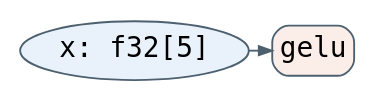
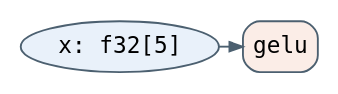
One commit to lancerstadium/joggle changed the diagram in paper/figures/a5-gelu-input.dot. Above: the diagram before and after it, drawn with Graphviz. The commit also changed 52 other files, not shown here.

```diff
--- a/paper/figures/a5-gelu-input.dot
+++ b/paper/figures/a5-gelu-input.dot
@@ -1,10 +1,10 @@
 digraph G {
   graph [bgcolor="transparent", margin=0, pad=0.025, rankdir=LR,
          nodesep=0.10, ranksep=0.13, splines=polyline];
   node [shape=box, style="rounded,filled", margin="0.04,0.025",
         width=0, height=0.26, penwidth=0.7, color="#4C6070", fillcolor="#F4F6F8",
-        fontname="DejaVu Sans Mono", fontsize=10.5];
+        fontname="DejaVu Sans Mono", fontsize=8.5];
   edge [arrowsize=0.5, penwidth=0.7, color="#4C6070",
-        fontname="DejaVu Sans Mono", fontsize=10.5];
+        fontname="DejaVu Sans Mono", fontsize=8.5];
   x [label="x: f32[5]",shape=ellipse,fillcolor="#E9F1FA"]; gelu [label="gelu",fillcolor="#FBEDE7"]; x -> gelu;
 }
```
